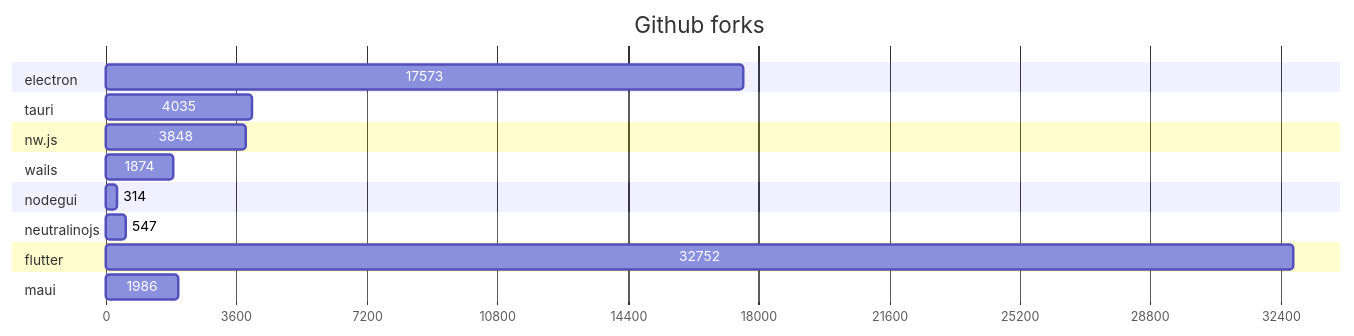
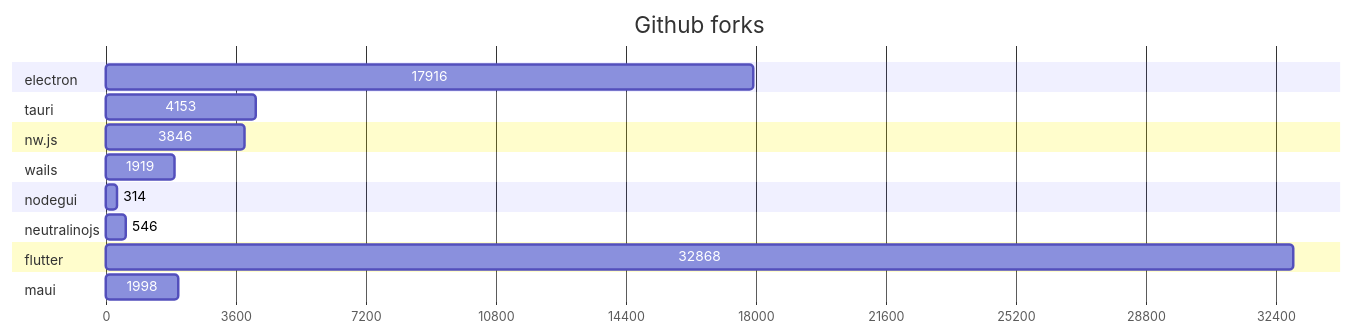
Before and after one commit to Elanis/web-to-desktop-framework-comparison: the second of 2 diagrams in GRAPHS.md, drawn with Mermaid. The commit also changed other lines of this file and 2 other files, not shown here.

````diff
--- a/GRAPHS.md
+++ b/GRAPHS.md
@@ -47,40 +47,40 @@
 ```mermaid
 gantt
     title Github forks
     dateFormat  X
     axisFormat %s
 
 
 	section electron
-	17573 : 0, 17573
+	17916 : 0, 17916
 
 	
 	section tauri
-	4035 : 0, 4035
+	4153 : 0, 4153
 
 	
 	section nw.js
-	3848 : 0, 3848
+	3846 : 0, 3846
 
 	
 	section wails
-	1874 : 0, 1874
+	1919 : 0, 1919
 
 	
 	section nodegui
 	314 : 0, 314
 
 	
 	section neutralinojs
-	547 : 0, 547
+	546 : 0, 546
 
 	
 	section flutter
-	32752 : 0, 32752
+	32868 : 0, 32868
 
 	
 	section maui
-	1986 : 0, 1986
+	1998 : 0, 1998
 
 	
 ```
````
